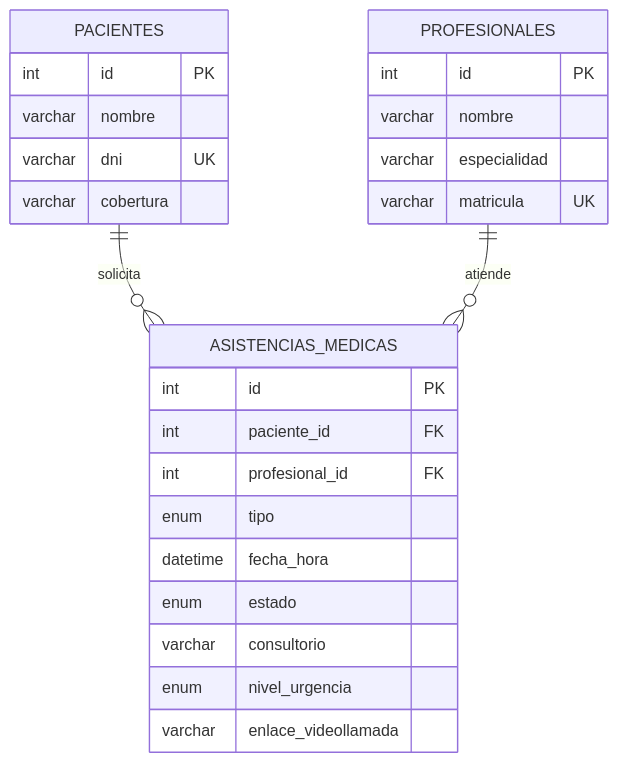
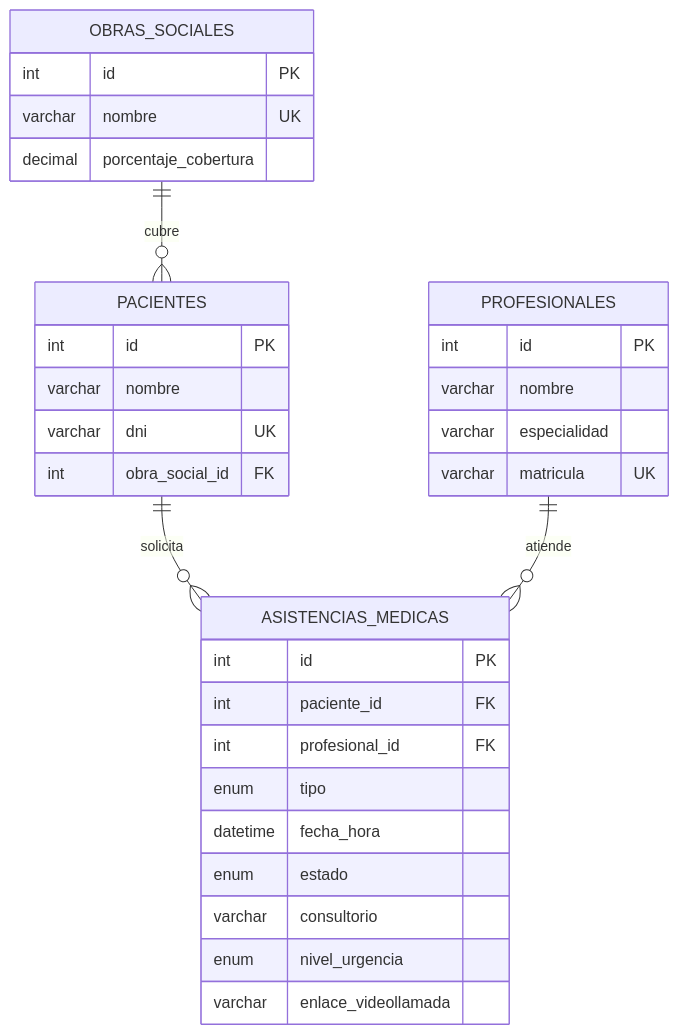
One commit to tri-corv/SistemaAsistenciaMedica changed the diagram in docs/diagrama-entidad-relacion.md. Above: the diagram before and after it, drawn with Mermaid. The commit also changed 13 other files, not shown here.

Commit message:
Nuevas funcionalidades - Obra Social

````diff
--- a/docs/diagrama-entidad-relacion.md
+++ b/docs/diagrama-entidad-relacion.md
@@ -3,31 +3,38 @@
 ```mermaid
 erDiagram
+    OBRAS_SOCIALES ||--o{ PACIENTES : cubre
     PACIENTES ||--o{ ASISTENCIAS_MEDICAS : solicita
     PROFESIONALES ||--o{ ASISTENCIAS_MEDICAS : atiende
+
+    OBRAS_SOCIALES {
+        int id PK
+        varchar nombre UK
+        decimal porcentaje_cobertura
+    }
 
     PACIENTES {
         int id PK
         varchar nombre
         varchar dni UK
-        varchar cobertura
+        int obra_social_id FK
     }
 
     PROFESIONALES {
         int id PK
         varchar nombre
         varchar especialidad
         varchar matricula UK
     }
 
     ASISTENCIAS_MEDICAS {
         int id PK
         int paciente_id FK
         int profesional_id FK
         enum tipo
         datetime fecha_hora
         enum estado
         varchar consultorio
         enum nivel_urgencia
         varchar enlace_videollamada
     }
 ```
````
